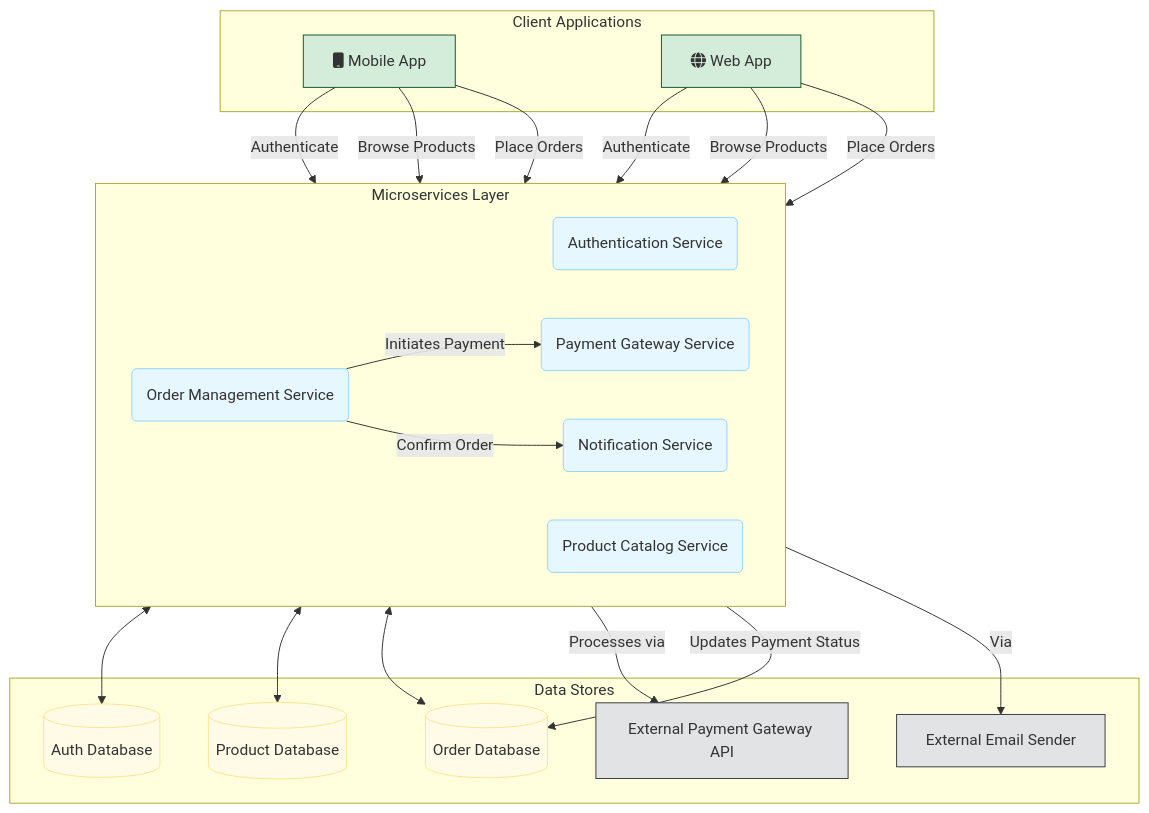
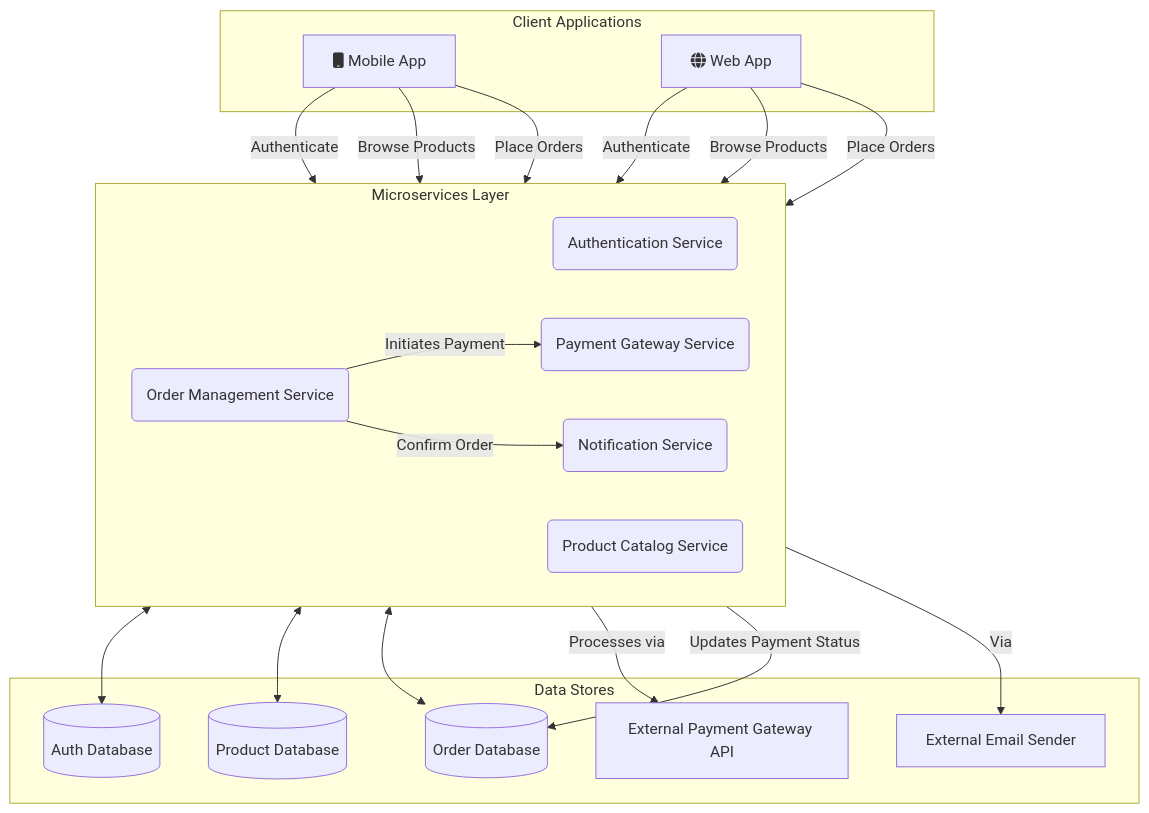
Before and after one commit to sujith-eag/sujith-library: the fourth of 6 diagrams in docs/software-modeling/structural-modeling.md, drawn with Mermaid. The commit also changed other lines of this file and 41 other files, not shown here.

First line of the commit message:
Refactor diagrams and remove redundant styles in documentation

```````diff
--- a/docs/software-modeling/structural-modeling.md
+++ b/docs/software-modeling/structural-modeling.md
@@ -138,60 +127,44 @@
 ```mermaid
 graph TD
     subgraph Client Applications
         MobileApp[fa:fa-mobile Mobile App]
         WebApp[fa:fa-globe Web App]
     end
 
     subgraph Microservices Layer
         direction LR
         AuthService(Authentication Service)
         ProductService(Product Catalog Service)
         OrderService(Order Management Service)
         PaymentService(Payment Gateway Service)
         NotificationService(Notification Service)
     end
 
     subgraph Data Stores
         AuthDB[(Auth Database)]
         ProductDB[(Product Database)]
         OrderDB[(Order Database)]
         PaymentGatewayAPI[External Payment Gateway API]
         EmailSender[External Email Sender]
     end
 
     MobileApp -- "Authenticate" --> AuthService
     WebApp -- "Authenticate" --> AuthService
     
     MobileApp -- "Browse Products" --> ProductService
     WebApp -- "Browse Products" --> ProductService
     
     MobileApp -- "Place Orders" --> OrderService
     WebApp -- "Place Orders" --> OrderService
     
     AuthService <--> AuthDB
     ProductService <--> ProductDB
     OrderService <--> OrderDB
     
     OrderService -- "Initiates Payment" --> PaymentService
     PaymentService -- "Processes via" --> PaymentGatewayAPI
 	PaymentService -- "Updates Payment Status" --> OrderDB
     
 	OrderService -- "Confirm Order" --> NotificationService
     NotificationService -- "Via" --> EmailSender
-
-
-
-
-    style AuthService fill:#e6f7ff,stroke:#91d5ff
-    style ProductService fill:#e6f7ff,stroke:#91d5ff
-    style OrderService fill:#e6f7ff,stroke:#91d5ff
-    style PaymentService fill:#e6f7ff,stroke:#91d5ff
-    style NotificationService fill:#e6f7ff,stroke:#91d5ff
-    style MobileApp fill:#d4edda,stroke:#155724
-    style WebApp fill:#d4edda,stroke:#155724
-    style AuthDB fill:#fffbe6,stroke:#ffe58f
-    style ProductDB fill:#fffbe6,stroke:#ffe58f
-    style OrderDB fill:#fffbe6,stroke:#ffe58f
-    style PaymentGatewayAPI fill:#e2e3e5,stroke:#383d41
-    style EmailSender fill:#e2e3e5,stroke:#383d41
 ``````
```````
